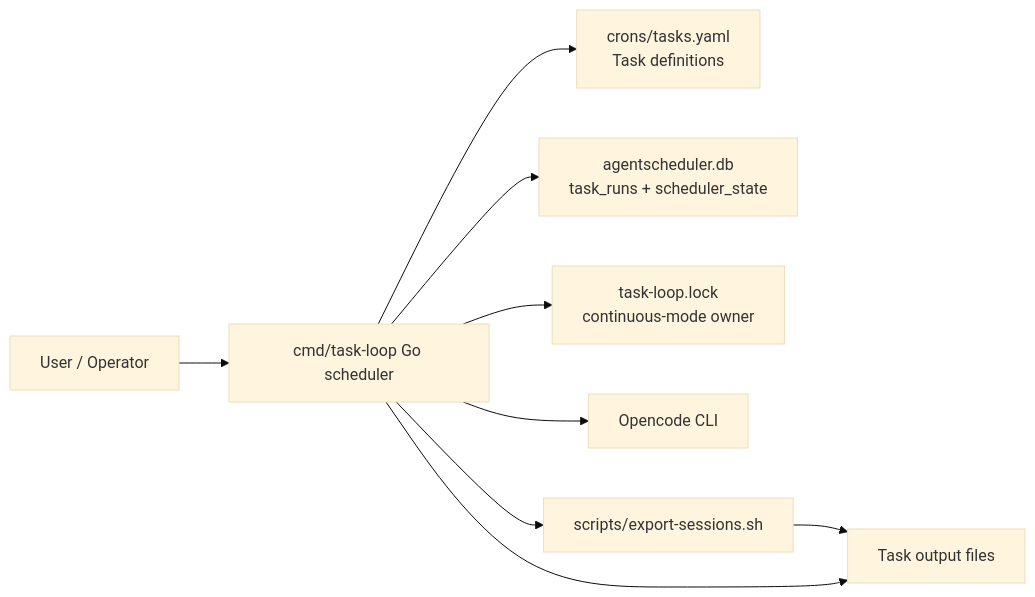
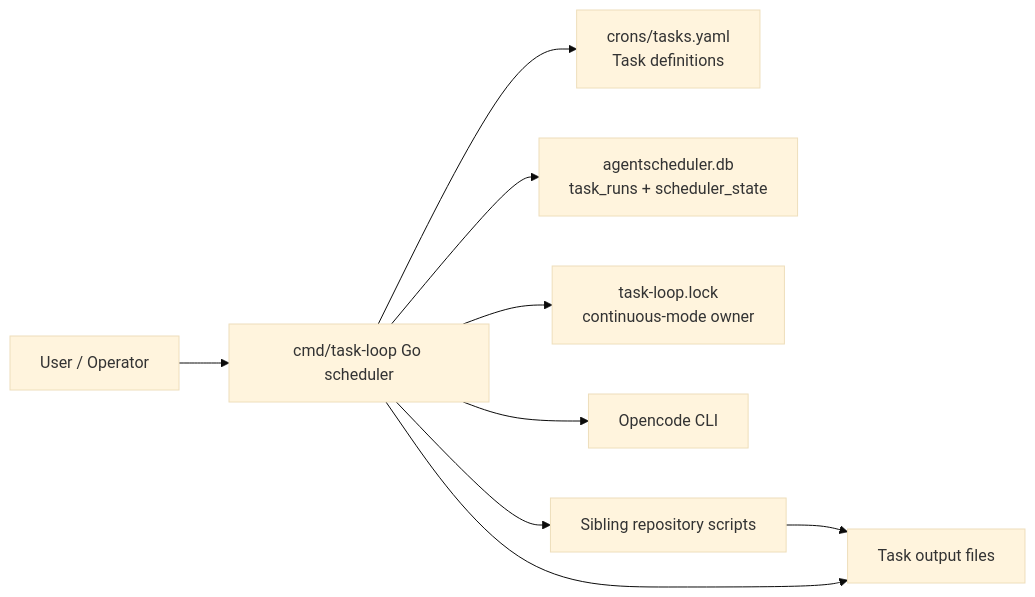
The first of 2 diagrams in docs/task-scheduler-architecture.md (vii33/AgentScheduler), drawn with Mermaid (base theme) before and after one commit. The commit also changed other lines of this file and 17 other files, not shown here.

````diff
--- a/docs/task-scheduler-architecture.md
+++ b/docs/task-scheduler-architecture.md
@@ -24,20 +24,20 @@
 ```mermaid
 flowchart LR
     User[User / Operator]
     Scheduler[cmd/task-loop Go scheduler]
     Tasks[crons/tasks.yaml\nTask definitions]
     DB[agentscheduler.db\ntask_runs + scheduler_state]
     Lock[task-loop.lock\ncontinuous-mode owner]
     Server[Opencode CLI]
-    Export[scripts/export-sessions.sh]
+    External[Sibling repository scripts]
     Artifact[Task output files]
 
     User --> Scheduler
     Scheduler --> Lock
     Scheduler --> Tasks
     Scheduler --> DB
     Scheduler --> Server
-    Scheduler --> Export
-    Export --> Artifact
+    Scheduler --> External
+    External --> Artifact
     Scheduler --> Artifact
 ```
````
